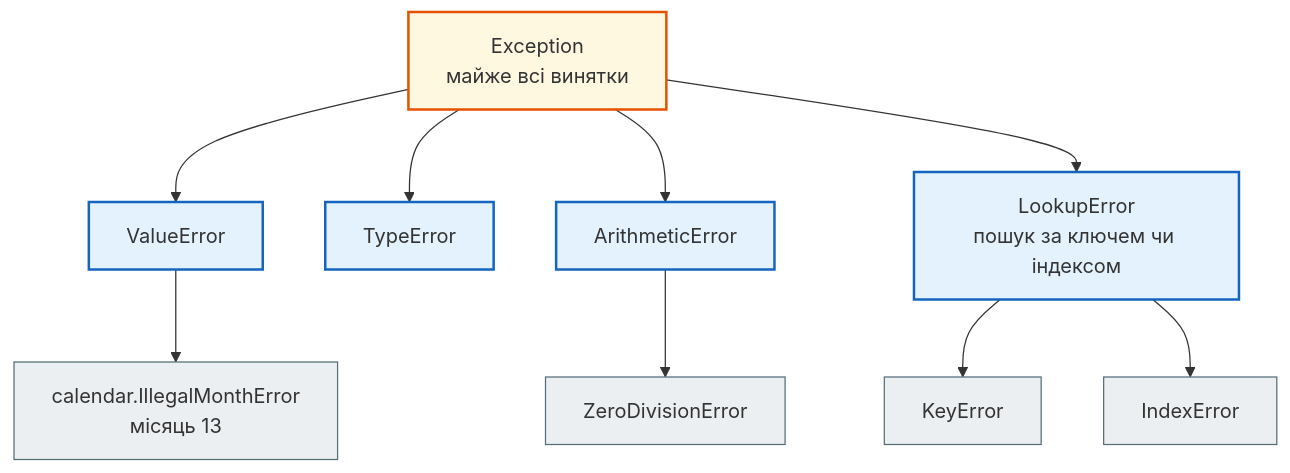
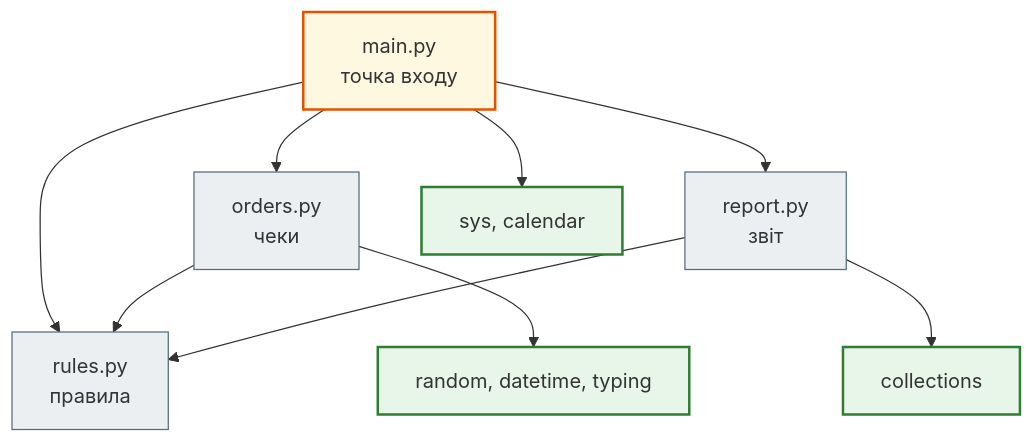
One commit to AlinaRadchenko/PY-Course-Victor-Nikoriak-22-09-2026 changed the first of 2 diagrams in docs/modules/m1/lesson_13.md. Above: the diagram before and after it, drawn with Mermaid. The commit also changed other lines of this file and 1846 other files, not shown here.

````diff
--- a/docs/modules/m1/lesson_13.md
+++ b/docs/modules/m1/lesson_13.md
@@ -292,21 +94,21 @@
 ```mermaid
 flowchart TD
     classDef step     fill:#eceff1,stroke:#546e7a,stroke-width:1px;
     classDef decision fill:#e3f2fd,stroke:#1565c0,stroke-width:2px;
     classDef success  fill:#e8f5e9,stroke:#2e7d32,stroke-width:2px;
     classDef error    fill:#ffebee,stroke:#c62828,stroke-width:3px;
     classDef warning  fill:#fff8e1,stroke:#e65100,stroke-width:2px;
 
-    E["Exception<br>майже всі винятки"] --> V["ValueError"]
-    E --> T["TypeError"]
-    E --> A["ArithmeticError"]
-    E --> L["LookupError<br>пошук за ключем чи індексом"]
-    V --> C["calendar.IllegalMonthError<br>місяць 13"]
-    A --> Z["ZeroDivisionError"]
-    L --> K["KeyError"]
-    L --> I["IndexError"]
+    M["main.py<br>точка входу"] --> O["orders.py<br>чеки"]
+    M --> R["report.py<br>звіт"]
+    M --> U["rules.py<br>правила"]
+    O --> U
+    R --> U
+    M --> S1["sys, calendar"]
+    O --> S2["random, datetime, typing"]
+    R --> S3["collections"]
 
-    class E warning
-    class V,T,A,L decision
-    class C,Z,K,I step
+    class M warning
+    class O,R,U step
+    class S1,S2,S3 success
 ```
````
